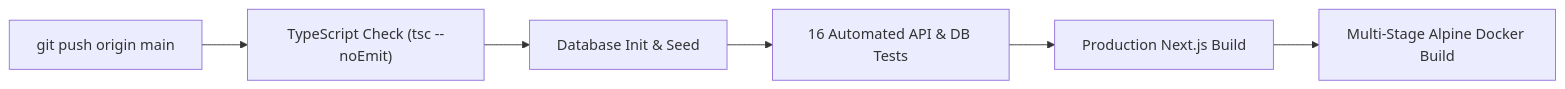
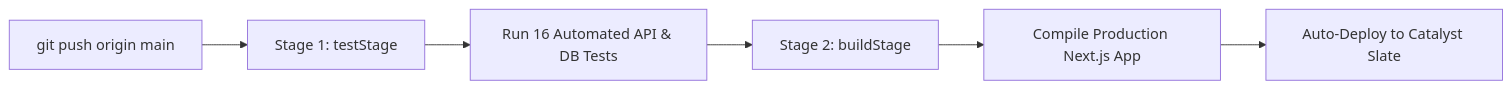
One commit to Aangi-Shah1234/roadmap.ai changed the second of 2 diagrams in README.md. Above: the diagram before and after it, drawn with Mermaid. The commit also changed other lines of this file, not shown here.

Commit message:
docs: update README with Zoho Catalyst architecture, pipeline docs, and live URLs

````diff
--- a/README.md
+++ b/README.md
@@ -68,8 +89,8 @@
 ```mermaid
 flowchart LR
-    Push["git push origin main"] --> Typecheck["TypeScript Check (tsc --noEmit)"]
-    Typecheck --> Seed["Database Init & Seed"]
-    Seed --> Tests["16 Automated API & DB Tests"]
-    Tests --> NextBuild["Production Next.js Build"]
-    NextBuild --> DockerBuild["Multi-Stage Alpine Docker Build"]
+    Push["git push origin main"] --> TestStage["Stage 1: testStage"]
+    TestStage --> RunTests["Run 16 Automated API & DB Tests"]
+    RunTests --> BuildStage["Stage 2: buildStage"]
+    BuildStage --> NextBuild["Compile Production Next.js App"]
+    NextBuild --> DeployLive["Auto-Deploy to Catalyst Slate"]
 ```
````
